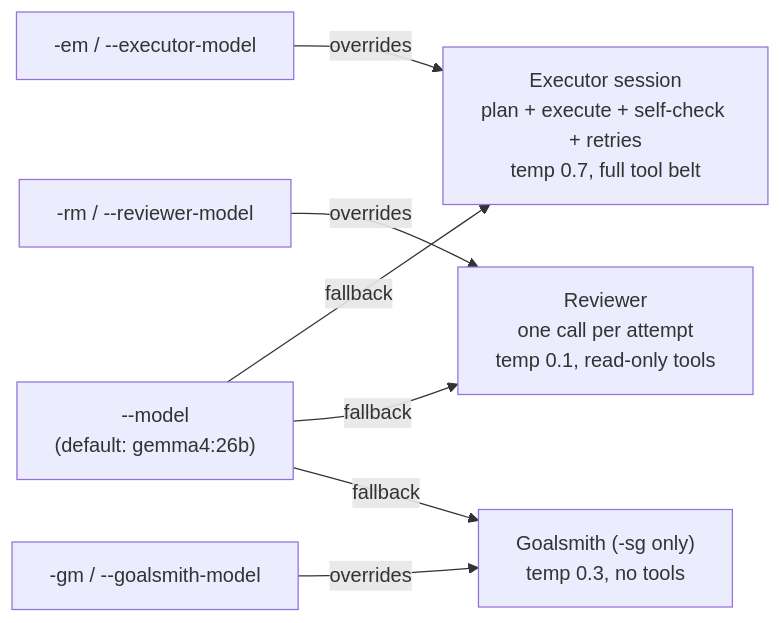
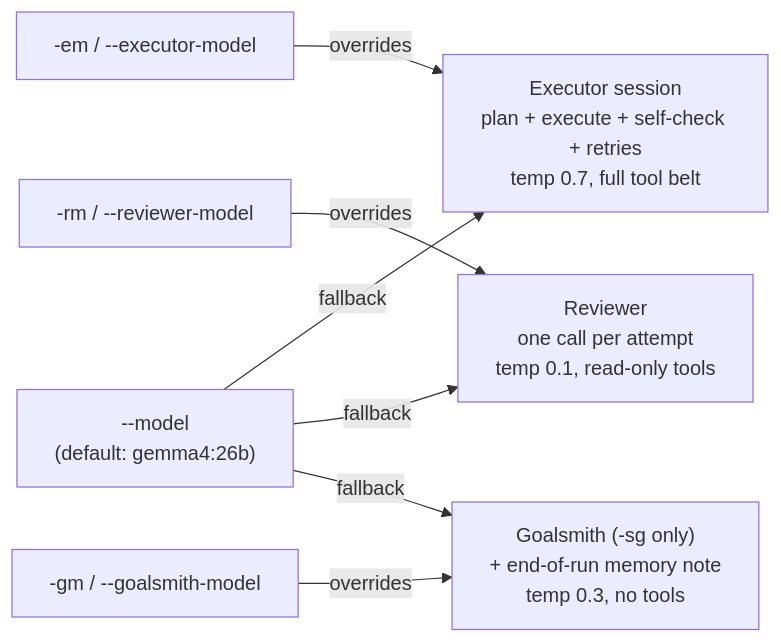
Before and after one commit to jacksonmac/agent: the third of 4 diagrams in Readme.md, drawn with Mermaid. The commit also changed other lines of this file and 32 other files, not shown here.

````diff
--- a/Readme.md
+++ b/Readme.md
@@ -144,14 +171,14 @@
 ```mermaid
 flowchart LR
     M["--model<br/>(default: gemma4:26b)"]
     EM["-em / --executor-model"]
     RM["-rm / --reviewer-model"]
     GM["-gm / --goalsmith-model"]
 
     EM -->|overrides| EX
     RM -->|overrides| RV
     GM -->|overrides| GS
     M -->|fallback| EX["Executor session<br/>plan + execute + self-check + retries<br/>temp 0.7, full tool belt"]
     M -->|fallback| RV["Reviewer<br/>one call per attempt<br/>temp 0.1, read-only tools"]
-    M -->|fallback| GS["Goalsmith (-sg only)<br/>temp 0.3, no tools"]
+    M -->|fallback| GS["Goalsmith (-sg only)<br/>+ end-of-run memory note<br/>temp 0.3, no tools"]
 ```
````
